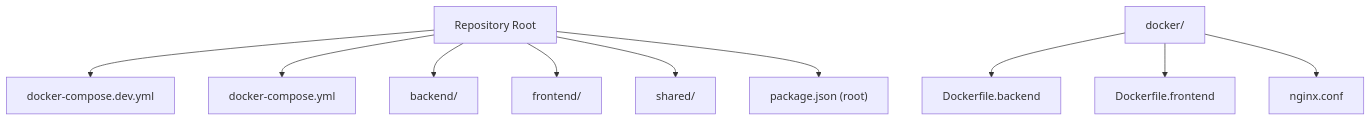
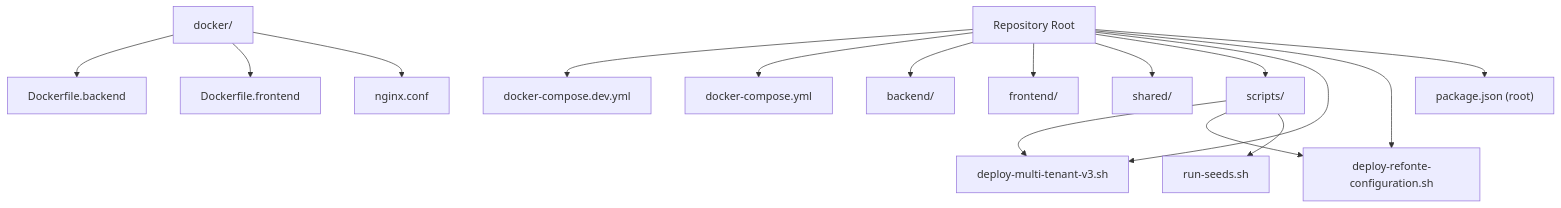
The first of 5 diagrams in .qoder/repowiki/en/content/Deployment & Docker Configuration.md (franckylab/eLISAschool), drawn with Mermaid before and after one commit. The commit also changed other lines of this file and 281 other files, not shown here.

````diff
--- a/.qoder/repowiki/en/content/Deployment & Docker Configuration.md
+++ b/.qoder/repowiki/en/content/Deployment & Docker Configuration.md
@@ -45,23 +59,32 @@
 ```mermaid
 graph TB
 Root["Repository Root"]
 DevCompose["docker-compose.dev.yml"]
 ProdCompose["docker-compose.yml"]
 Docker["docker/"]
 BDF["Dockerfile.backend"]
 FDF["Dockerfile.frontend"]
 NConf["nginx.conf"]
 Backend["backend/"]
 Frontend["frontend/"]
 Shared["shared/"]
+Scripts["scripts/"]
+DeployMT["deploy-multi-tenant-v3.sh"]
+DeployRefonte["deploy-refonte-configuration.sh"]
 PkgRoot["package.json (root)"]
 Root --> DevCompose
 Root --> ProdCompose
 Root --> Backend
 Root --> Frontend
 Root --> Shared
+Root --> Scripts
+Root --> DeployMT
+Root --> DeployRefonte
 Root --> PkgRoot
 Docker --> BDF
 Docker --> FDF
 Docker --> NConf
+Scripts --> DeployMT
+Scripts --> DeployRefonte
+Scripts --> RunSeeds["run-seeds.sh"]
 ```
````
